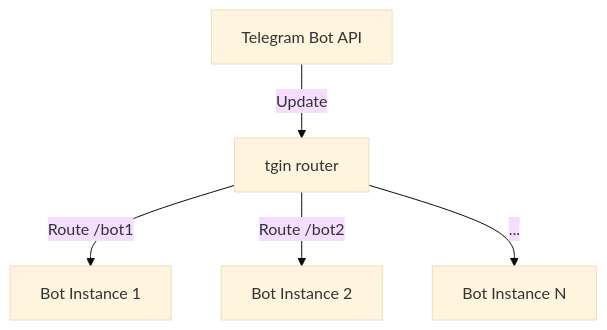
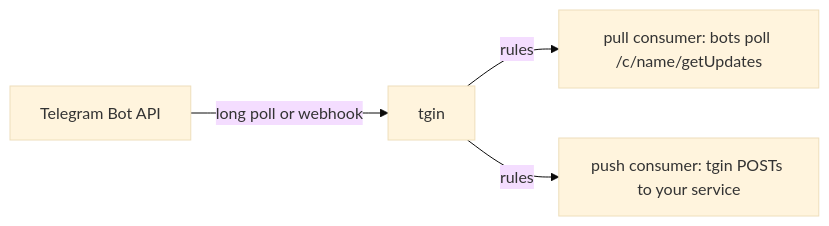
One commit to arynyklas/tgin changed the diagram in README.md. Above: the diagram before and after it, drawn with Mermaid (base theme). The commit also changed other lines of this file and 4 other files, not shown here.

````diff
--- a/README.md
+++ b/README.md
@@ -51,7 +40,6 @@
 ```mermaid
-graph TD
-    Telegram[Telegram Bot API] -->|Update| TGIN[tgin router]
-    TGIN -->|Route /bot1| Instance1[Bot Instance 1]
-    TGIN -->|Route /bot2| Instance2[Bot Instance 2]
-    TGIN -->|...| InstanceN[Bot Instance N]
+graph LR
+    Telegram[Telegram Bot API] -->|long poll or webhook| TGIN[tgin]
+    TGIN -->|rules| Pull[pull consumer: bots poll /c/name/getUpdates]
+    TGIN -->|rules| Push[push consumer: tgin POSTs to your service]
 ```
````
